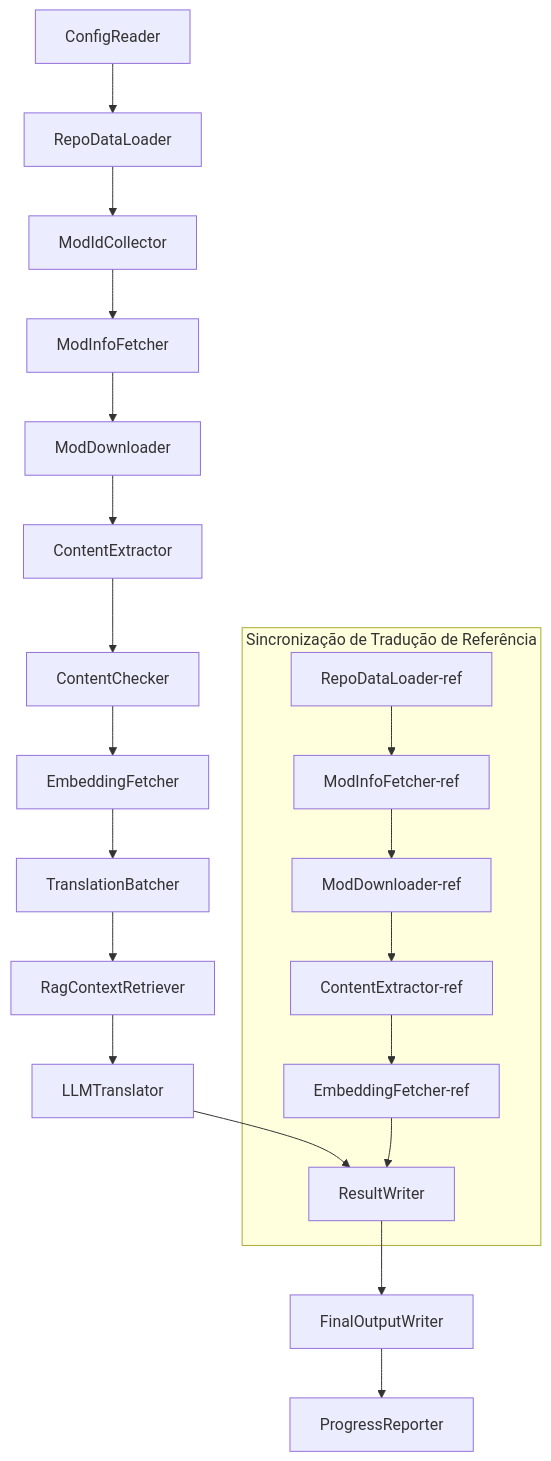
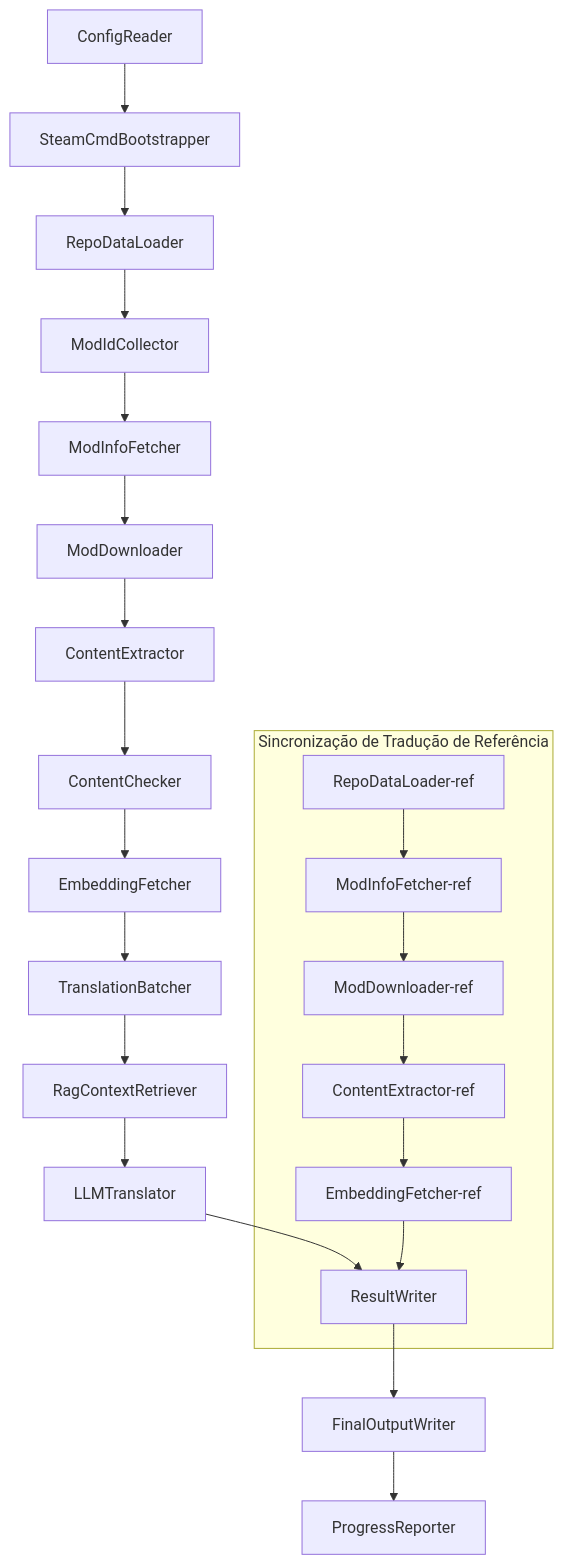
The diagram in docs/technical_reference/technical_reference_pt.md (PZProjectBabel/project_babel), drawn with Mermaid before and after one commit. The commit also changed other lines of this file and 79 other files, not shown here.

````diff
--- a/docs/technical_reference/technical_reference_pt.md
+++ b/docs/technical_reference/technical_reference_pt.md
@@ -96,24 +125,25 @@
 ```mermaid
 flowchart TD
-    A[ConfigReader] --> B[RepoDataLoader]
-    B --> C[ModIdCollector]
-    C --> D[ModInfoFetcher]
-    D --> E[ModDownloader]
-    E --> F[ContentExtractor]
-    F --> G[ContentChecker]
-    G --> H[EmbeddingFetcher]
-    H --> I[TranslationBatcher]
-    I --> J[RagContextRetriever]
-    J --> K[LLMTranslator]
-    K --> L[ResultWriter]
-    L --> M[FinalOutputWriter]
-    M --> N[ProgressReporter]
+  A[ConfigReader] --> B[SteamCmdBootstrapper]
+  B --> C[RepoDataLoader]
+  C --> D[ModIdCollector]
+  D --> E[ModInfoFetcher]
+  E --> F[ModDownloader]
+  F --> G[ContentExtractor]
+  G --> H[ContentChecker]
+  H --> I[EmbeddingFetcher]
+  I --> J[TranslationBatcher]
+  J --> K[RagContextRetriever]
+  K --> L[LLMTranslator]
+  L --> M[ResultWriter]
+  M --> N[FinalOutputWriter]
+  N --> O[ProgressReporter]
 
-    subgraph Sincronização de Tradução de Referência
-        B2[RepoDataLoader-ref] --> D2[ModInfoFetcher-ref]
-        D2 --> E2[ModDownloader-ref]
-        E2 --> F2[ContentExtractor-ref]
-        F2 --> H2[EmbeddingFetcher-ref]
-        H2 --> L
+subgraph Sincronização de Tradução de Referência
+        C2[RepoDataLoader-ref] --> E2[ModInfoFetcher-ref]
+        E2 --> F2[ModDownloader-ref]
+        F2 --> G2[ContentExtractor-ref]
+        G2 --> I2[EmbeddingFetcher-ref]
+        I2 --> M
     end
 ```
````
